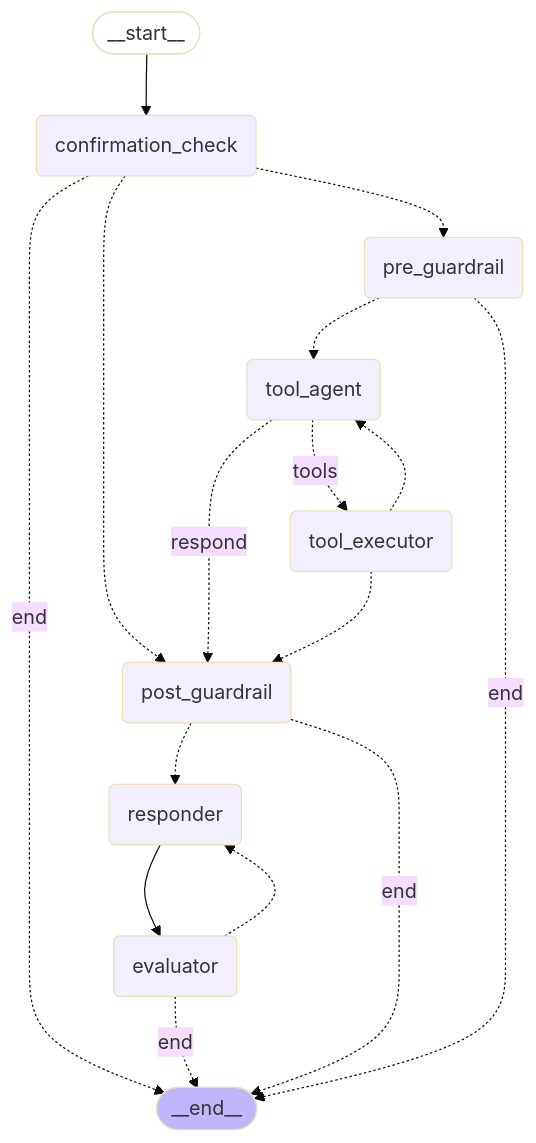
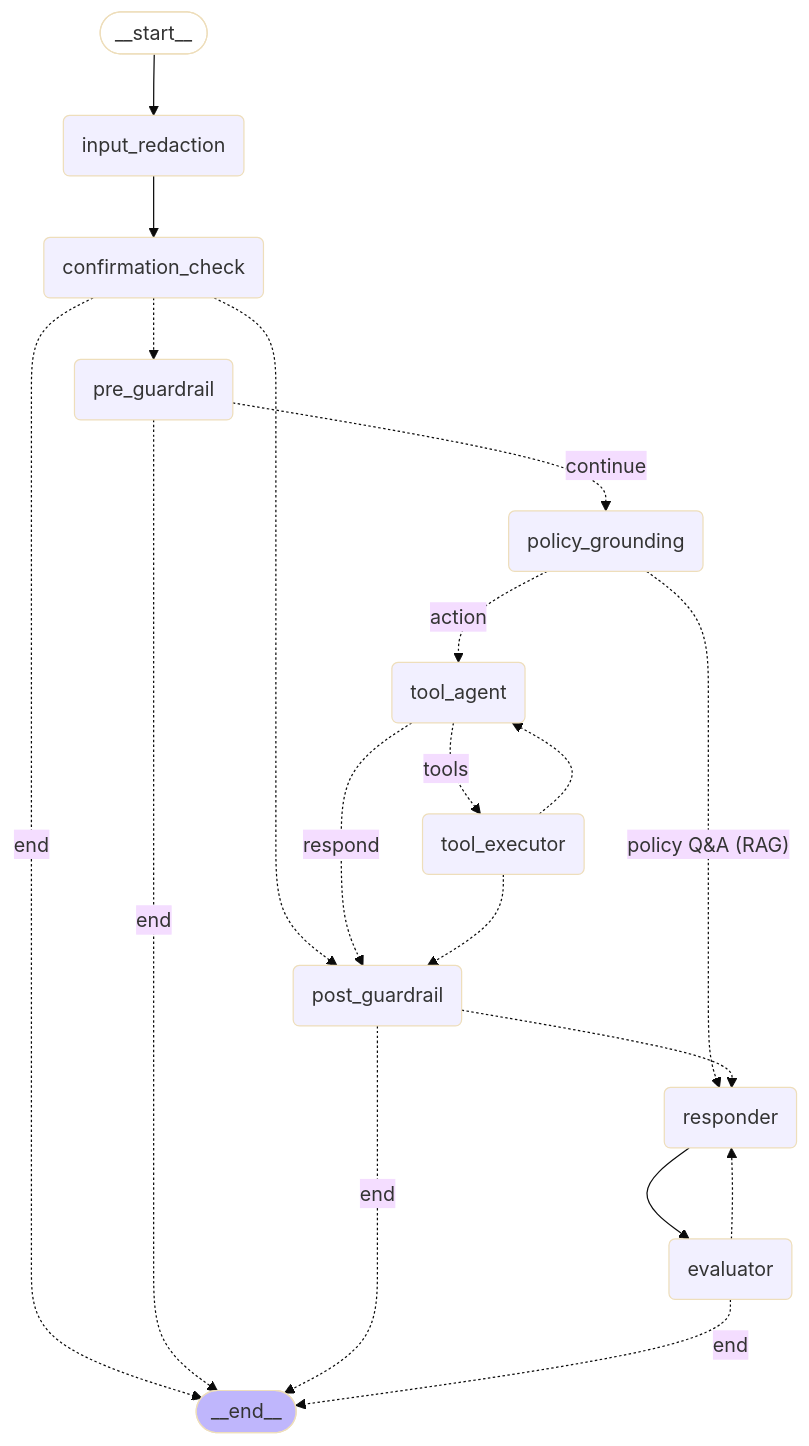
One commit to harsh-fr/atlascare changed the diagram in docs/Architecture.md. Above: the diagram before and after it, drawn with Mermaid (base theme). The commit also changed other lines of this file and 3 other files, not shown here.

First line of the commit message:
Refresh docs for new data + architecture; humanize the debrief script

````diff
--- a/docs/Architecture.md
+++ b/docs/Architecture.md
@@ -54,30 +54,35 @@
 ```mermaid
 graph TD;
 	__start__([__start__]):::first
+	input_redaction(input_redaction)
 	confirmation_check(confirmation_check)
 	pre_guardrail(pre_guardrail)
+	policy_grounding(policy_grounding)
 	tool_agent(tool_agent)
 	tool_executor(tool_executor)
 	post_guardrail(post_guardrail)
 	responder(responder)
 	evaluator(evaluator)
 	__end__([__end__]):::last
-	__start__ --> confirmation_check;
+	__start__ --> input_redaction;
+	input_redaction --> confirmation_check;
 	confirmation_check -. end .-> __end__;
 	confirmation_check -.-> post_guardrail;
 	confirmation_check -.-> pre_guardrail;
-	evaluator -. end .-> __end__;
-	evaluator -.-> responder;
-	post_guardrail -. end .-> __end__;
-	post_guardrail -.-> responder;
 	pre_guardrail -. end .-> __end__;
-	pre_guardrail -.-> tool_agent;
-	responder --> evaluator;
+	pre_guardrail -. continue .-> policy_grounding;
+	policy_grounding -. "policy Q&A (RAG)" .-> responder;
+	policy_grounding -. action .-> tool_agent;
 	tool_agent -. respond .-> post_guardrail;
 	tool_agent -. tools .-> tool_executor;
 	tool_executor -.-> post_guardrail;
 	tool_executor -.-> tool_agent;
+	post_guardrail -. end .-> __end__;
+	post_guardrail -.-> responder;
+	responder --> evaluator;
+	evaluator -. end .-> __end__;
+	evaluator -.-> responder;
 	classDef default fill:#f2f0ff,line-height:1.2
 	classDef first fill-opacity:0
 	classDef last fill:#bfb6fc
 ```
````
